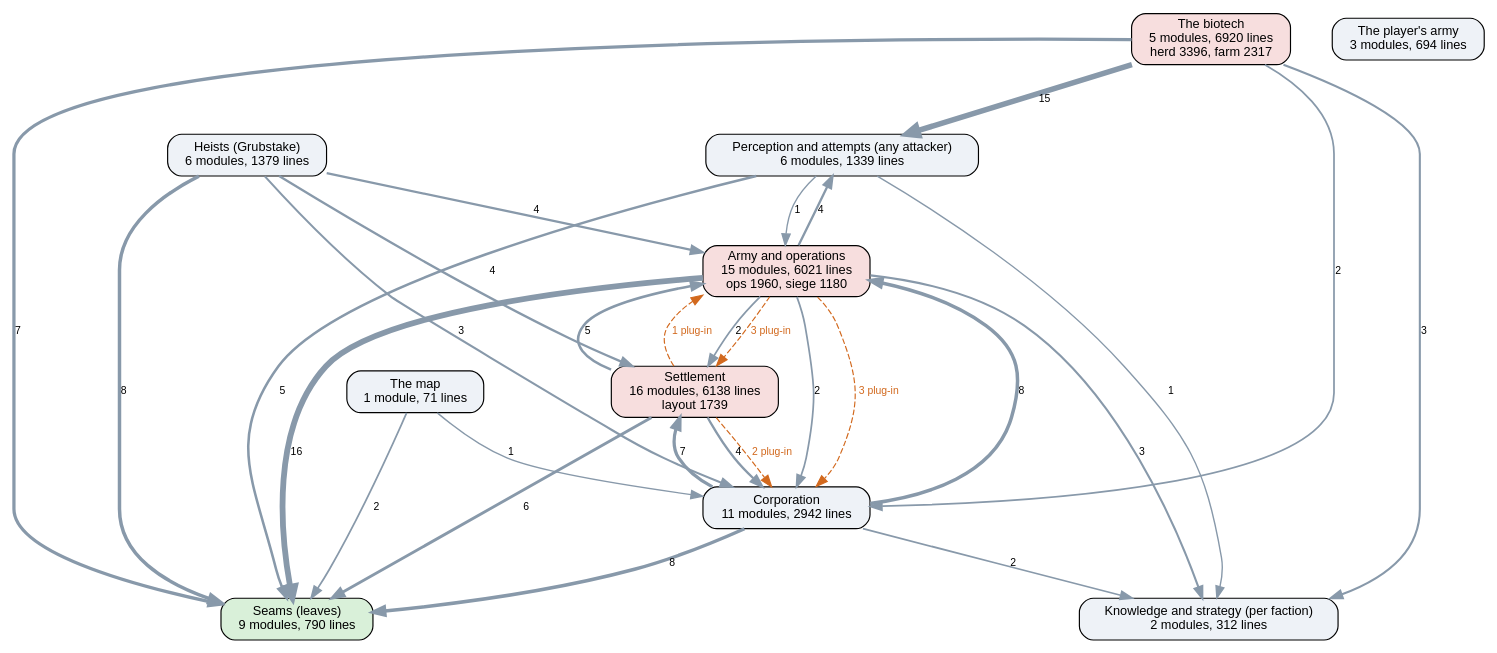
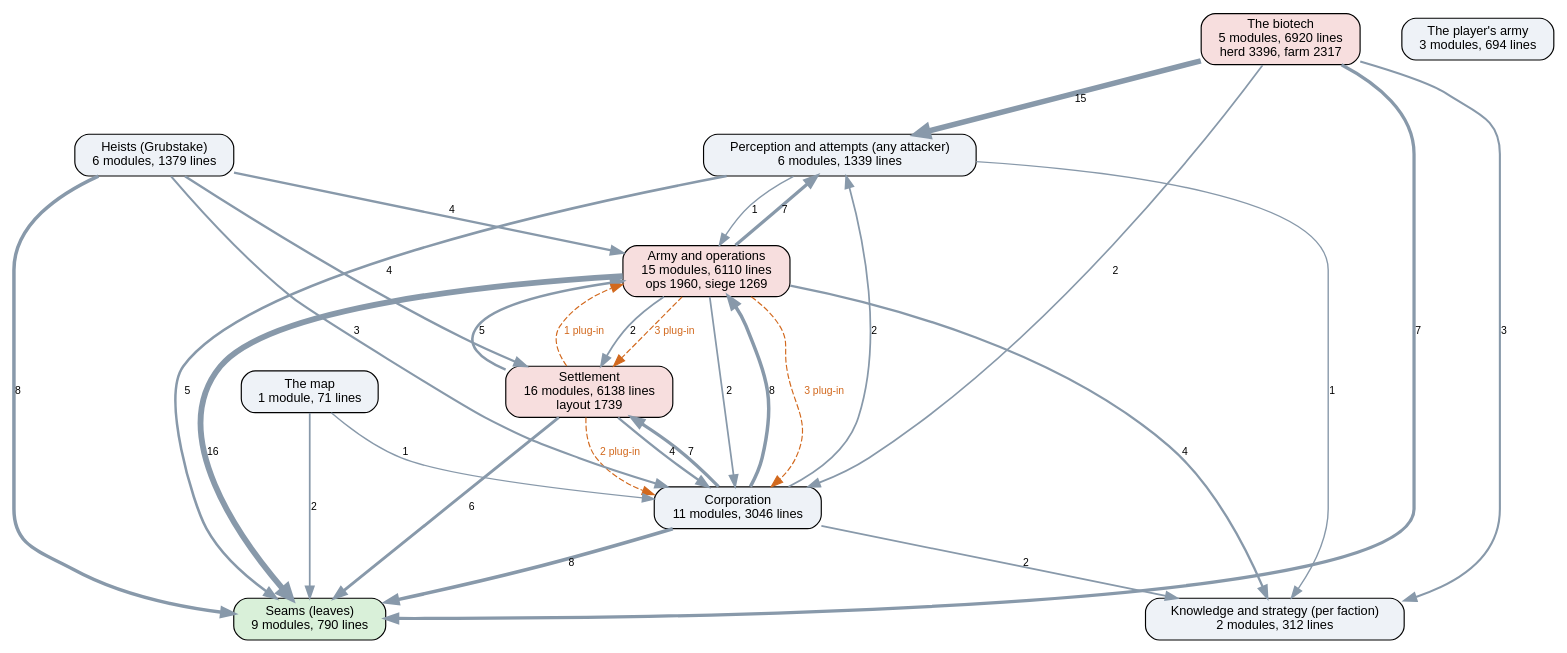
Before and after one commit to kinelhu/landing-party: the diagram in docs/ai-layers.dot, drawn with Graphviz. The commit also changed 12 other files, not shown here.

```diff
--- a/docs/ai-layers.dot
+++ b/docs/ai-layers.dot
@@ -1,44 +1,45 @@
 digraph layers {
   graph [rankdir=TB, fontname="Helvetica", nodesep=0.5, ranksep=0.7];
   node [shape=box, style="rounded,filled", fontname="Helvetica", fontsize=11, fillcolor="#eef2f7"];
   edge [color="#8899aa", fontname="Helvetica", fontsize=9];
   "Seams (leaves)" [label="Seams (leaves)\n9 modules, 790 lines", fillcolor="#d9f0d9"];
   "Perception and attempts (any attacker)" [label="Perception and attempts (any attacker)\n6 modules, 1339 lines", fillcolor="#eef2f7"];
   "Knowledge and strategy (per faction)" [label="Knowledge and strategy (per faction)\n2 modules, 312 lines", fillcolor="#eef2f7"];
-  "Corporation" [label="Corporation\n11 modules, 2942 lines", fillcolor="#eef2f7"];
+  "Corporation" [label="Corporation\n11 modules, 3046 lines", fillcolor="#eef2f7"];
   "Settlement" [label="Settlement\n16 modules, 6138 lines\nlayout 1739", fillcolor="#f7dede"];
-  "Army and operations" [label="Army and operations\n15 modules, 6021 lines\nops 1960, siege 1180", fillcolor="#f7dede"];
+  "Army and operations" [label="Army and operations\n15 modules, 6110 lines\nops 1960, siege 1269", fillcolor="#f7dede"];
   "Heists (Grubstake)" [label="Heists (Grubstake)\n6 modules, 1379 lines", fillcolor="#eef2f7"];
   "The biotech" [label="The biotech\n5 modules, 6920 lines\nherd 3396, farm 2317", fillcolor="#f7dede"];
   "The map" [label="The map\n1 module, 71 lines", fillcolor="#eef2f7"];
   "The player's army" [label="The player's army\n3 modules, 694 lines", fillcolor="#eef2f7"];
   "Army and operations" -> "Corporation" [label="2", penwidth=1.5];
-  "Army and operations" -> "Knowledge and strategy (per faction)" [label="3", penwidth=1.8];
-  "Army and operations" -> "Perception and attempts (any attacker)" [label="4", penwidth=2.0];
+  "Army and operations" -> "Knowledge and strategy (per faction)" [label="4", penwidth=2.0];
+  "Army and operations" -> "Perception and attempts (any attacker)" [label="7", penwidth=2.8];
   "Army and operations" -> "Seams (leaves)" [label="16", penwidth=5.0];
   "Army and operations" -> "Settlement" [label="2", penwidth=1.5];
   "Corporation" -> "Army and operations" [label="8", penwidth=3.0];
   "Corporation" -> "Knowledge and strategy (per faction)" [label="2", penwidth=1.5];
+  "Corporation" -> "Perception and attempts (any attacker)" [label="2", penwidth=1.5];
   "Corporation" -> "Seams (leaves)" [label="8", penwidth=3.0];
   "Corporation" -> "Settlement" [label="7", penwidth=2.8];
   "Heists (Grubstake)" -> "Army and operations" [label="4", penwidth=2.0];
   "Heists (Grubstake)" -> "Corporation" [label="3", penwidth=1.8];
   "Heists (Grubstake)" -> "Seams (leaves)" [label="8", penwidth=3.0];
   "Heists (Grubstake)" -> "Settlement" [label="4", penwidth=2.0];
   "Perception and attempts (any attacker)" -> "Army and operations" [label="1", penwidth=1.2];
   "Perception and attempts (any attacker)" -> "Knowledge and strategy (per faction)" [label="1", penwidth=1.2];
   "Perception and attempts (any attacker)" -> "Seams (leaves)" [label="5", penwidth=2.2];
   "Settlement" -> "Army and operations" [label="5", penwidth=2.2];
   "Settlement" -> "Corporation" [label="4", penwidth=2.0];
   "Settlement" -> "Seams (leaves)" [label="6", penwidth=2.5];
   "The biotech" -> "Corporation" [label="2", penwidth=1.5];
   "The biotech" -> "Knowledge and strategy (per faction)" [label="3", penwidth=1.8];
   "The biotech" -> "Perception and attempts (any attacker)" [label="15", penwidth=4.8];
   "The biotech" -> "Seams (leaves)" [label="7", penwidth=2.8];
   "The map" -> "Corporation" [label="1", penwidth=1.2];
   "The map" -> "Seams (leaves)" [label="2", penwidth=1.5];
   "Army and operations" -> "Corporation" [style=dashed, color="#d2691e", fontcolor="#d2691e", label="3 plug-in"];
   "Army and operations" -> "Settlement" [style=dashed, color="#d2691e", fontcolor="#d2691e", label="3 plug-in"];
   "Settlement" -> "Army and operations" [style=dashed, color="#d2691e", fontcolor="#d2691e", label="1 plug-in"];
   "Settlement" -> "Corporation" [style=dashed, color="#d2691e", fontcolor="#d2691e", label="2 plug-in"];
 }
```
